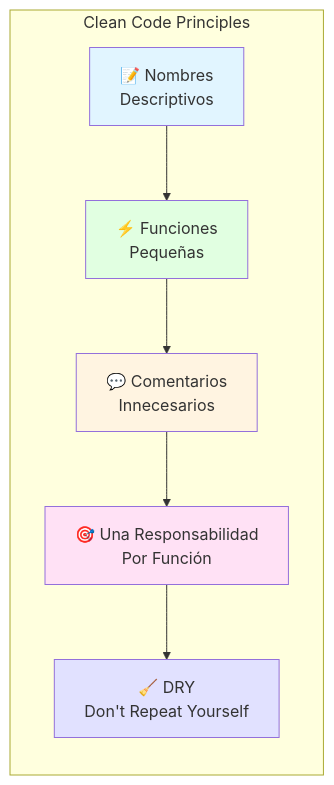
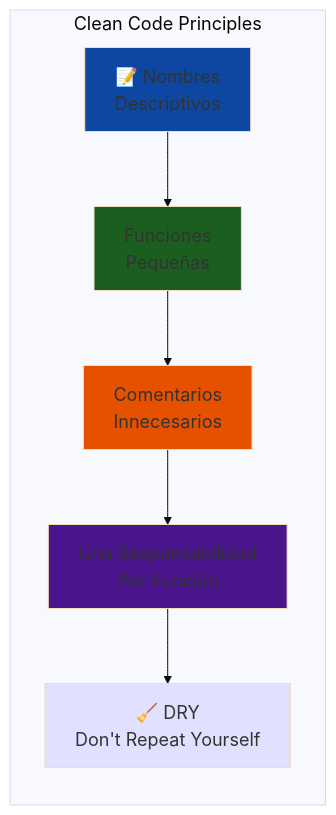
Before and after one commit to Ai-Whisperers/Courses-Content: the third of 8 diagrams in courses/🟡-development/FPUNA-2026/01-DESARROLLO-SOFTWARE/04-codigo-limpio.md, drawn with Mermaid. The commit also changed other lines of this file and 47 other files, not shown here.

First line of the commit message:
fix: Make all 473 diagrams WCAG AAA accessible (FPUNA-2026)

````diff
--- a/courses/🟡-development/FPUNA-2026/01-DESARROLLO-SOFTWARE/04-codigo-limpio.md
+++ b/courses/🟡-development/FPUNA-2026/01-DESARROLLO-SOFTWARE/04-codigo-limpio.md
@@ -73,21 +75,22 @@
 ```mermaid
+%%{init: {'theme':'base', 'themeVariables': {'fontSize':'18px'}}}%%
 graph LR
     subgraph "Clean Code Principles"
         A[📝 Nombres<br/>Descriptivos]
-        B[⚡ Funciones<br/>Pequeñas]
-        C[💬 Comentarios<br/>Innecesarios]
-        D[🎯 Una Responsabilidad<br/>Por Función]
+        B[Funciones<br/>Pequeñas]
+        C[Comentarios<br/>Innecesarios]
+        D[Una Responsabilidad<br/>Por Función]
         E[🧹 DRY<br/>Don't Repeat Yourself]
         
         A --> B
         B --> C
         C --> D
         D --> E
     end
     
-    style A fill:#E1F5FF
-    style B fill:#E1FFE1
-    style C fill:#FFF4E1
-    style D fill:#FFE1F5
+    style A fill:#0d47a1
+    style B fill:#1b5e20
+    style C fill:#e65100
+    style D fill:#4a148c
     style E fill:#E1E1FF
 ```
````
